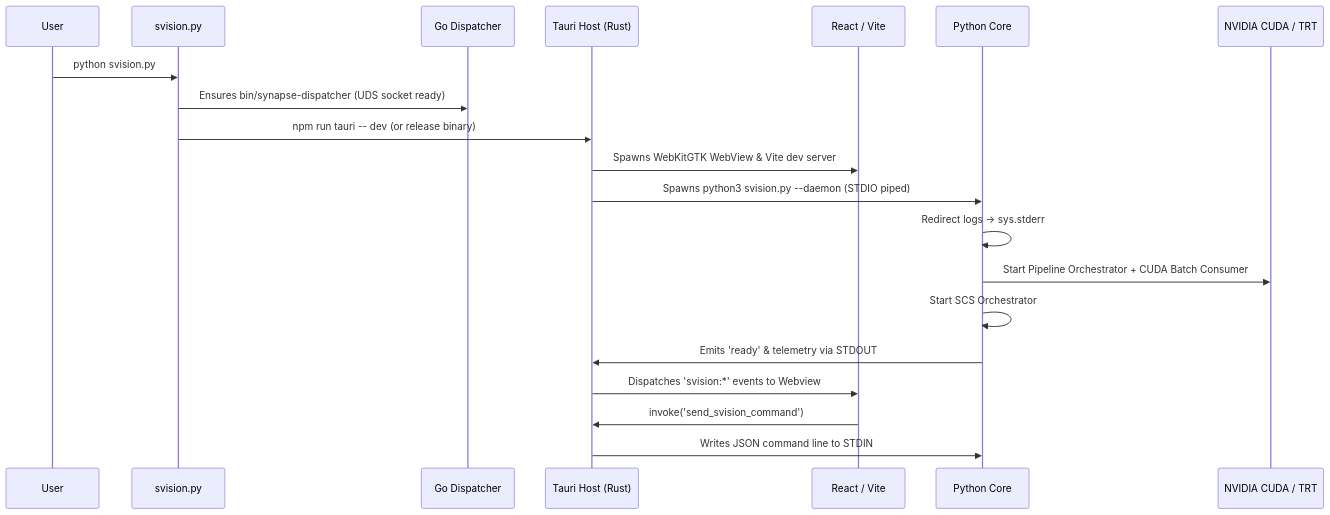
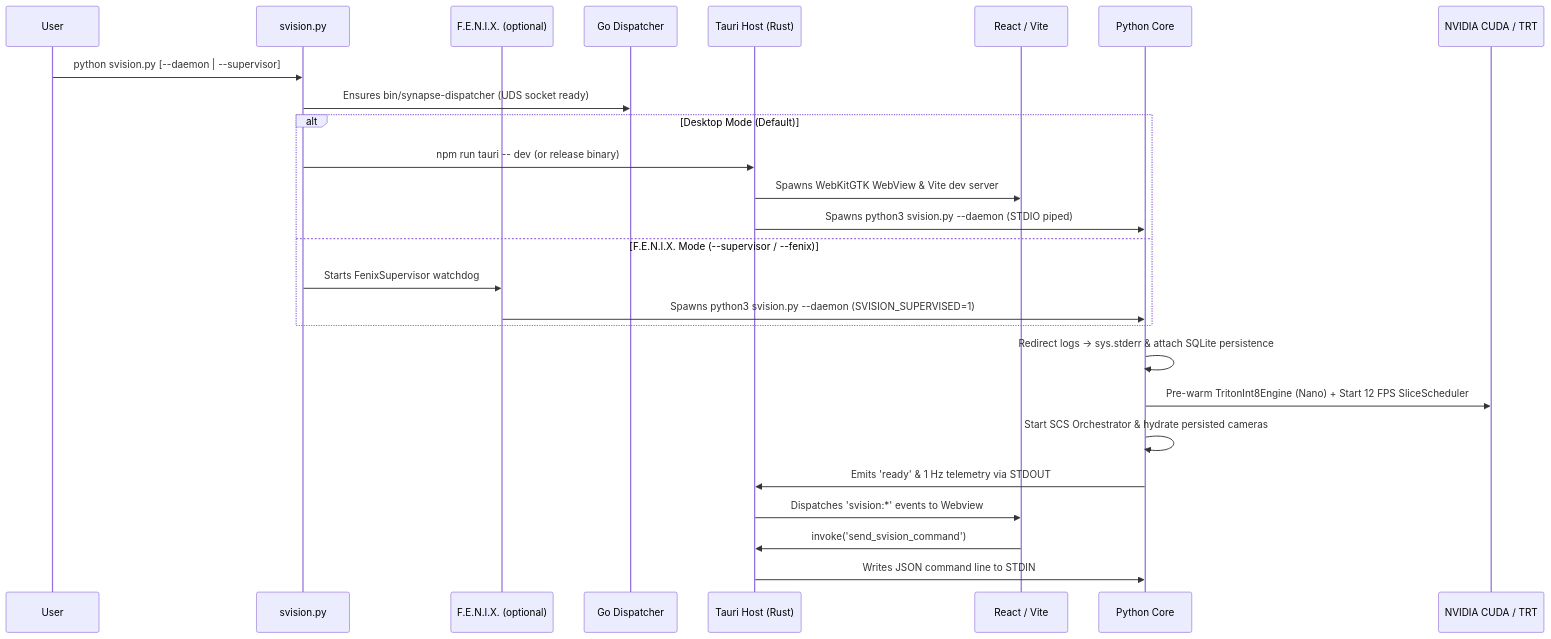
The diagram in ARCHITECTURE.md (Noxfort-Systems-Brazil/SVISION), drawn with Mermaid before and after one commit. The commit also changed other lines of this file and 220 other files, not shown here.

Commit message:
feat(core): implement fenix supervisor, fluid flow estimator, ui optimizations and documentation

````diff
--- a/ARCHITECTURE.md
+++ b/ARCHITECTURE.md
@@ -120,23 +125,29 @@
 ```mermaid
 sequenceDiagram
     participant User
     participant svision.py
+    participant Fenix as F.E.N.I.X. (optional)
     participant Go as Go Dispatcher
     participant Tauri as Tauri Host (Rust)
     participant React as React / Vite
     participant PythonCore as Python Core
     participant GPU as NVIDIA CUDA / TRT
 
-    User->>svision.py: python svision.py
+    User->>svision.py: python svision.py [--daemon | --supervisor]
     svision.py->>Go: Ensures bin/synapse-dispatcher (UDS socket ready)
-    svision.py->>Tauri: npm run tauri -- dev (or release binary)
-    Tauri->>React: Spawns WebKitGTK WebView & Vite dev server
-    Tauri->>PythonCore: Spawns python3 svision.py --daemon (STDIO piped)
-    PythonCore->>PythonCore: Redirect logs → sys.stderr
-    PythonCore->>GPU: Start Pipeline Orchestrator + CUDA Batch Consumer
-    PythonCore->>PythonCore: Start SCS Orchestrator
-    PythonCore->>Tauri: Emits 'ready' & telemetry via STDOUT
+    alt Desktop Mode (Default)
+        svision.py->>Tauri: npm run tauri -- dev (or release binary)
+        Tauri->>React: Spawns WebKitGTK WebView & Vite dev server
+        Tauri->>PythonCore: Spawns python3 svision.py --daemon (STDIO piped)
+    else F.E.N.I.X. Mode (--supervisor / --fenix)
+        svision.py->>Fenix: Starts FenixSupervisor watchdog
+        Fenix->>PythonCore: Spawns python3 svision.py --daemon (SVISION_SUPERVISED=1)
+    end
+    PythonCore->>PythonCore: Redirect logs → sys.stderr & attach SQLite persistence
+    PythonCore->>GPU: Pre-warm TritonInt8Engine (Nano) + Start 12 FPS SliceScheduler
+    PythonCore->>PythonCore: Start SCS Orchestrator & hydrate persisted cameras
+    PythonCore->>Tauri: Emits 'ready' & 1 Hz telemetry via STDOUT
     Tauri->>React: Dispatches 'svision:*' events to Webview
     React->>Tauri: invoke('send_svision_command')
     Tauri->>PythonCore: Writes JSON command line to STDIN
 ```
````
